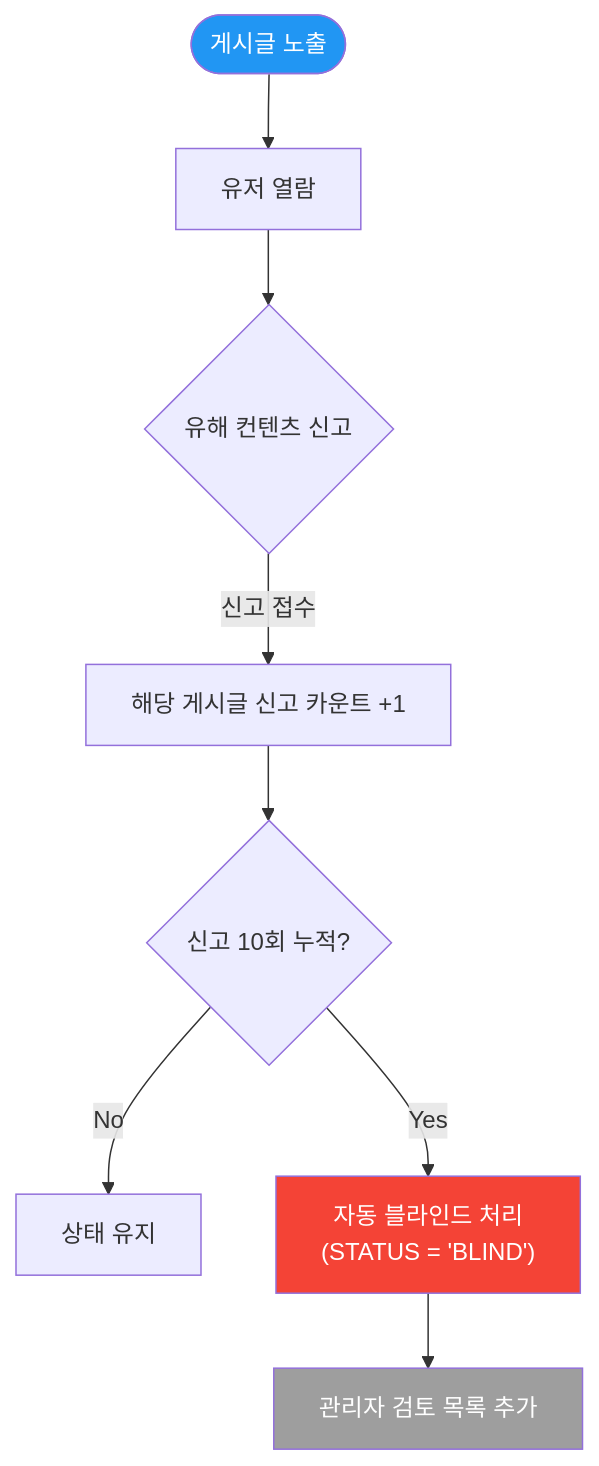
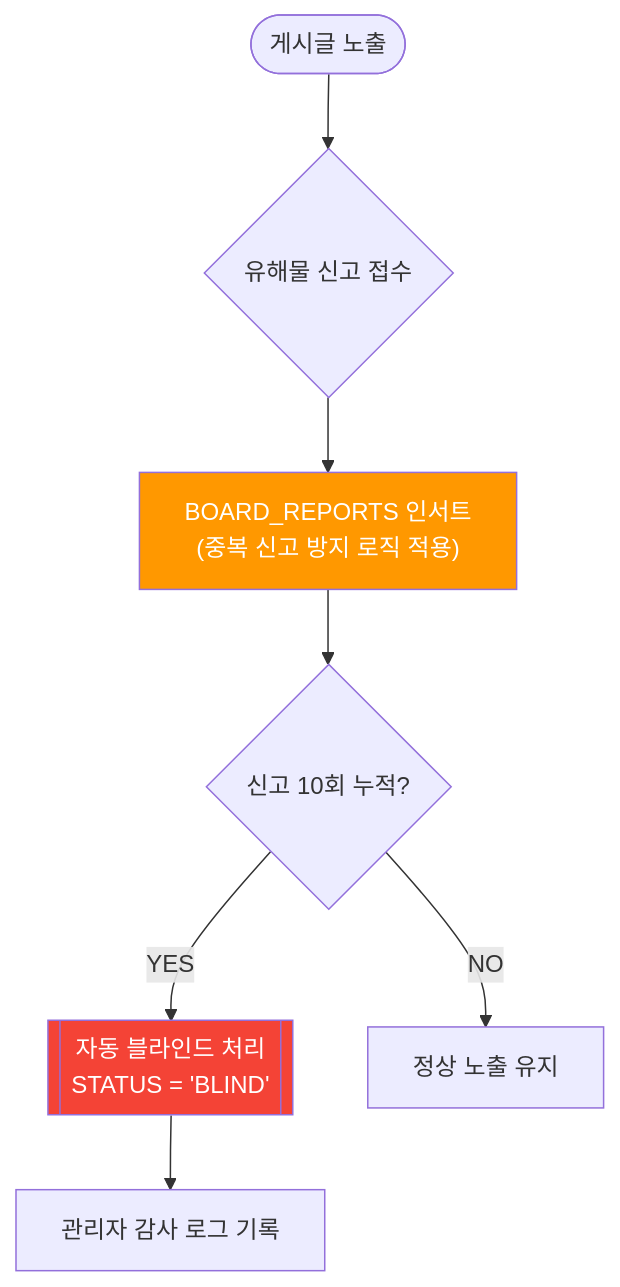
One commit to KJH-Portfolio/202602-Environmenta-Organization changed the fourth of 5 diagrams in userflow.md. Above: the diagram before and after it, drawn with Mermaid. The commit also changed other lines of this file and 9 other files, not shown here.

````diff
--- a/userflow.md
+++ b/userflow.md
@@ -127,17 +82,14 @@
 ```mermaid
 flowchart TD
-    POST([게시글 노출]) --> VIEW[유저 열람]
-    VIEW --> REPORT{유해 컨텐츠 신고}
+    P([게시글 노출]) --> REPORT{유해물 신고 접수}
+    REPORT --> DB["BOARD_REPORTS 인서트\n(중복 신고 방지 로직 적용)"]
+    DB --> COUNT{신고 10회 누적?}
     
-    REPORT -->|신고 접수| COUNT["해당 게시글 신고 카운트 +1"]
-    COUNT --> THRESHOLD{신고 10회 누적?}
+    COUNT -- "YES" --> BLIND[[자동 블라인드 처리\nSTATUS = 'BLIND']]
+    COUNT -- "NO" --> STAY[정상 노출 유지]
     
-    THRESHOLD -- "No" --> STAY[상태 유지]
-    THRESHOLD -- "Yes" --> BLIND["자동 블라인드 처리\n(STATUS = 'BLIND')"]
-    
-    BLIND --> ADMIN[관리자 검토 목록 추가]
+    BLIND --> LOG[관리자 감사 로그 기록]
 
-    style POST fill:#2196F3,color:#fff
     style BLIND fill:#F44336,color:#fff
-    style ADMIN fill:#9E9E9E,color:#fff
+    style DB fill:#FF9800,color:#fff
 ```
````
